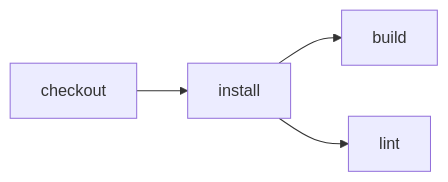
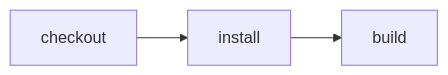
The diagram in examples/demo/README.md (ericclemmons/effect-ci-testbed), drawn with Mermaid before and after one commit. The commit also changed other lines of this file and 11 other files, not shown here.

````diff
--- a/examples/demo/README.md
+++ b/examples/demo/README.md
@@ -79,10 +66,4 @@
 ```mermaid
 flowchart LR
-  step_checkout["checkout"]
-  step_install["install"]
-  step_build["build"]
-  step_lint["lint"]
-  step_checkout --> step_install
-  step_install --> step_build
-  step_install --> step_lint
+  checkout --> install --> build
 ```
````
